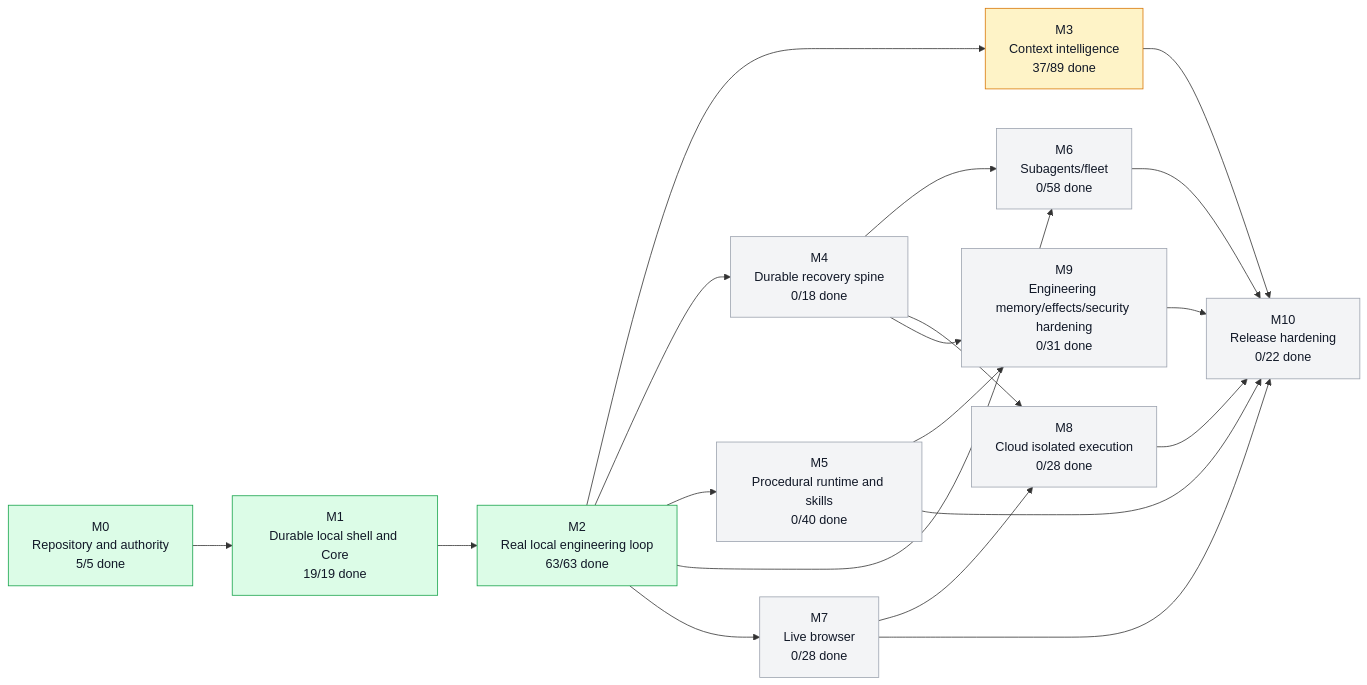
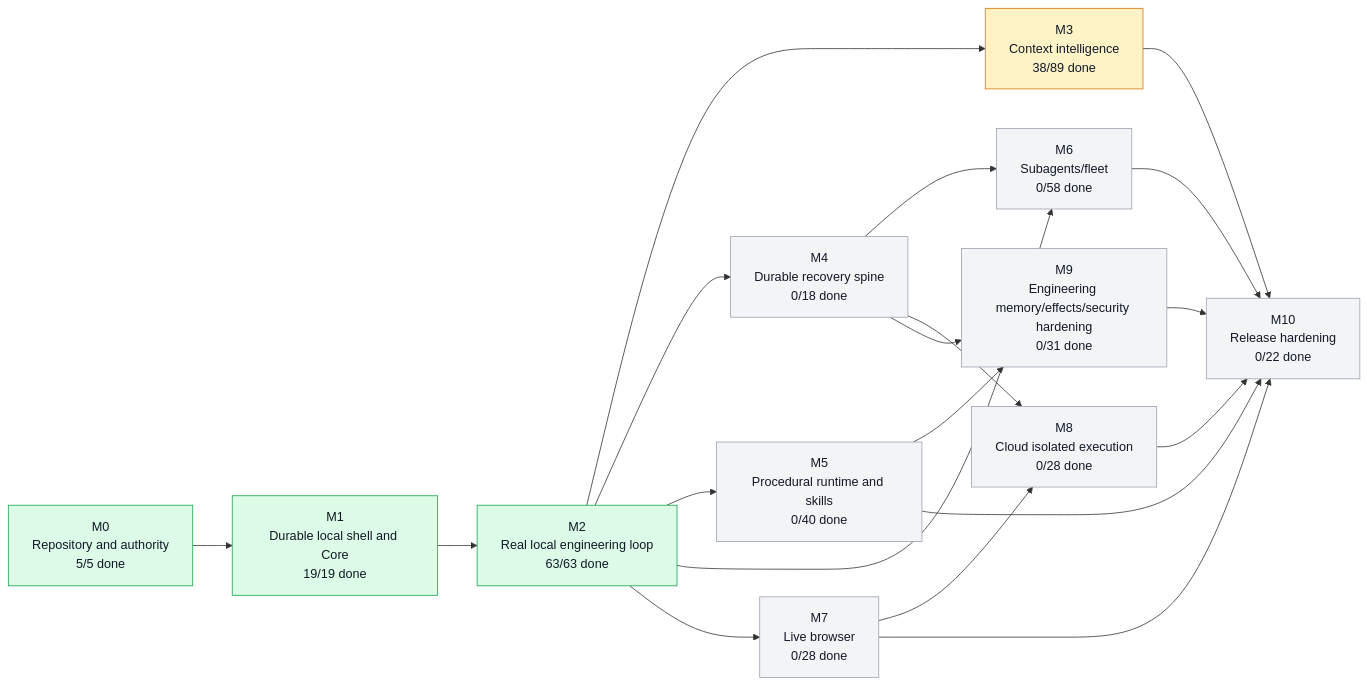
Before and after one commit to moss101/modbit: the first of 5 diagrams in graph/PROJECT_GRAPH.md, drawn with Mermaid. The commit also changed other lines of this file and 6 other files, not shown here.

````diff
--- a/graph/PROJECT_GRAPH.md
+++ b/graph/PROJECT_GRAPH.md
@@ -57,43 +57,43 @@
 ```mermaid
 flowchart LR
   M0["M0<br/>Repository and authority<br/>5/5 done"]
   M1["M1<br/>Durable local shell and Core<br/>19/19 done"]
   M2["M2<br/>Real local engineering loop<br/>63/63 done"]
-  M3["M3<br/>Context intelligence<br/>37/89 done"]
+  M3["M3<br/>Context intelligence<br/>38/89 done"]
   M4["M4<br/>Durable recovery spine<br/>0/18 done"]
   M5["M5<br/>Procedural runtime and skills<br/>0/40 done"]
   M6["M6<br/>Subagents/fleet<br/>0/58 done"]
   M7["M7<br/>Live browser<br/>0/28 done"]
   M8["M8<br/>Cloud isolated execution<br/>0/28 done"]
   M9["M9<br/>Engineering memory/effects/security hardening<br/>0/31 done"]
   M10["M10<br/>Release hardening<br/>0/22 done"]
   M0 --> M1
   M1 --> M2
   M2 --> M3
   M2 --> M4
   M2 --> M5
   M2 --> M6
   M4 --> M6
   M2 --> M7
   M4 --> M8
   M7 --> M8
   M4 --> M9
   M5 --> M9
   M3 --> M10
   M5 --> M10
   M6 --> M10
   M7 --> M10
   M8 --> M10
   M9 --> M10
   style M0 fill:#dcfce7,stroke:#16a34a,color:#111827
   style M1 fill:#dcfce7,stroke:#16a34a,color:#111827
   style M2 fill:#dcfce7,stroke:#16a34a,color:#111827
   style M3 fill:#fef3c7,stroke:#d97706,color:#111827
   style M4 fill:#f3f4f6,stroke:#9ca3af,color:#111827
   style M5 fill:#f3f4f6,stroke:#9ca3af,color:#111827
   style M6 fill:#f3f4f6,stroke:#9ca3af,color:#111827
   style M7 fill:#f3f4f6,stroke:#9ca3af,color:#111827
   style M8 fill:#f3f4f6,stroke:#9ca3af,color:#111827
   style M9 fill:#f3f4f6,stroke:#9ca3af,color:#111827
   style M10 fill:#f3f4f6,stroke:#9ca3af,color:#111827
 ```
````
